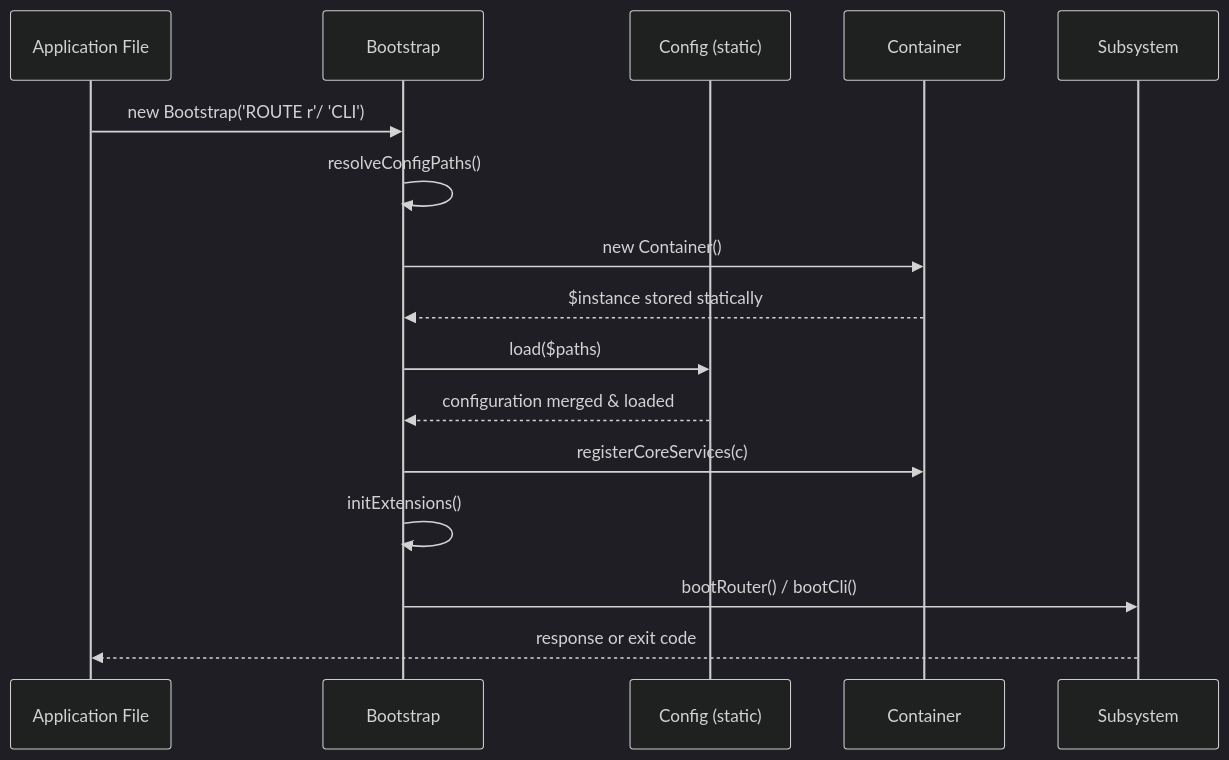
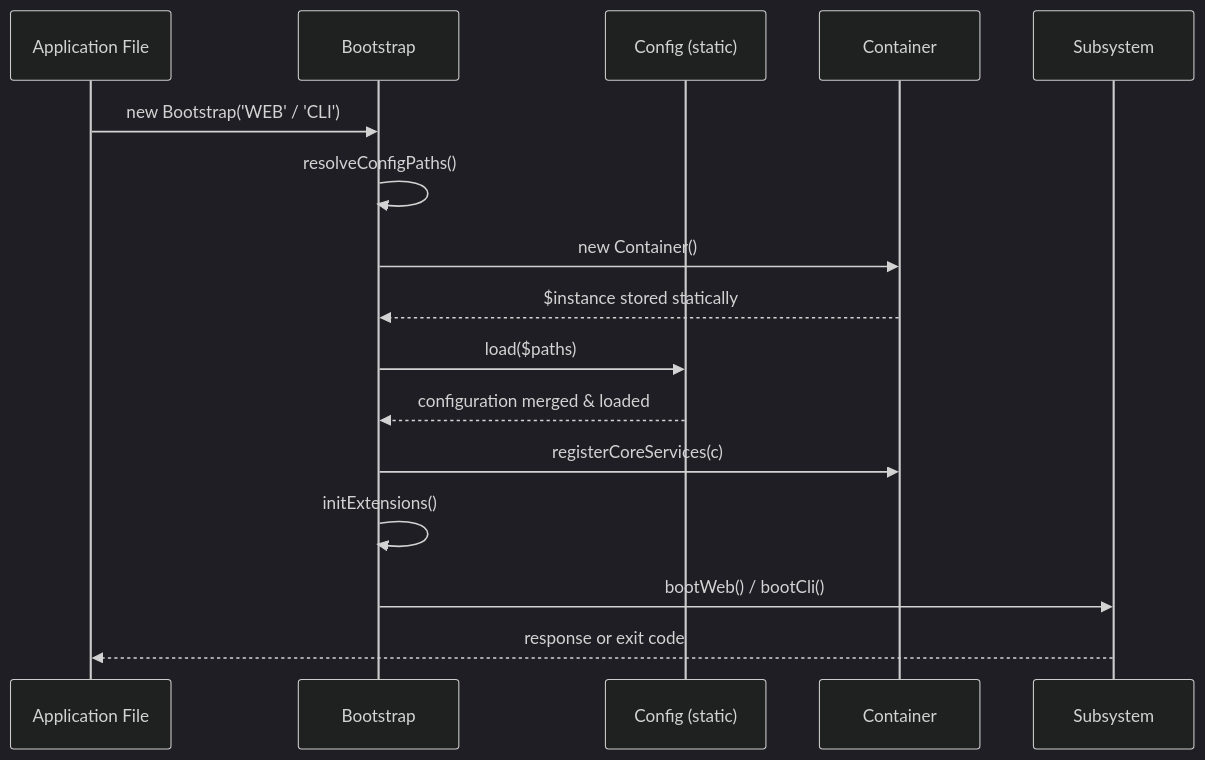
Before and after one commit to LaswitchTech/core-web: the diagram in docs/development/architecture/Bootstrap.md, drawn with Mermaid (dark theme). The commit also changed other lines of this file and 12 other files, not shown here.

Commit message:
docs: add architecture docs (BOOTSTRAP-1, HOOK-0, MANIFEST-0) and fix PHP 8.4 param order (EXTENSION-1, PHP-LINT-0)

````diff
--- a/docs/development/architecture/Bootstrap.md
+++ b/docs/development/architecture/Bootstrap.md
@@ -98,19 +108,19 @@
 ```mermaid
 sequenceDiagram
     participant App as Application File
     participant B as Bootstrap
     participant Config as Config (static)
     participant C as Container
     participant S as Subsystem
 
-    App->>B: new Bootstrap('ROUTE r'/ 'CLI')
+    App->>B: new Bootstrap('WEB' / 'CLI')
     B->>B: resolveConfigPaths()
     B->>C: new Container()
     C-->>B: $instance stored statically
     B->>Config: load($paths)
     Config-->>B: configuration merged & loaded
     B->>C: registerCoreServices(c)
     B->>B: initExtensions()
-    B->>S: bootRouter() / bootCli()
+    B->>S: bootWeb() / bootCli()
     S-->>App: response or exit code
 ```
````
